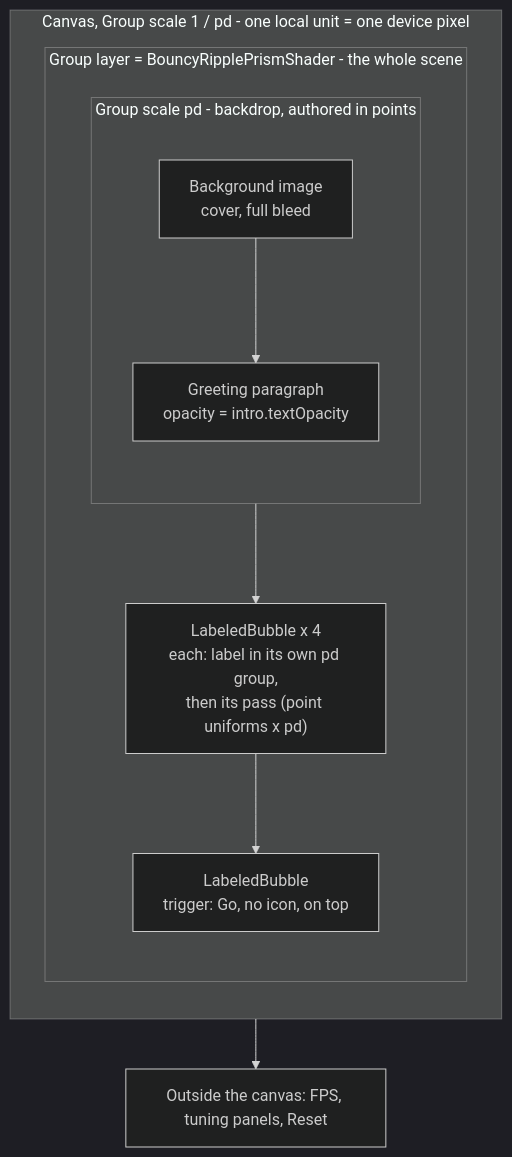
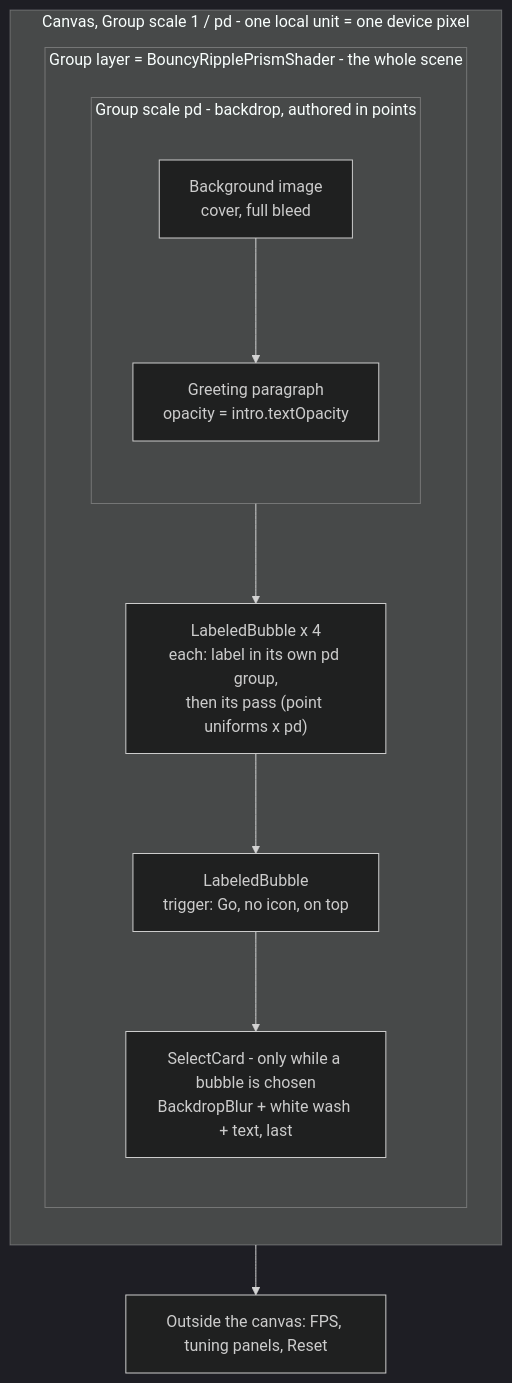
Before and after one commit to ImCitizen13/quattro4maggi: the second of 2 diagrams in src/components/liquid-bubbles-multi/README.md, drawn with Mermaid (dark theme). The commit also changed other lines of this file and 5 other files, not shown here.

First line of the commit message:
Liquid bubbles multi: press a bubble to open its detail card

````diff
--- a/src/components/liquid-bubbles-multi/README.md
+++ b/src/components/liquid-bubbles-multi/README.md
@@ -80,19 +85,20 @@
 ```mermaid
 flowchart TD
     subgraph CANVAS["Canvas, Group scale 1 / pd - one local unit = one device pixel"]
         direction TB
         subgraph RIPPLE["Group layer = BouncyRipplePrismShader - the whole scene"]
         direction TB
         subgraph PTS["Group scale pd - backdrop, authored in points"]
             direction TB
             BG["Background image<br/>cover, full bleed"]
             GREET["Greeting paragraph<br/>opacity = intro.textOpacity"]
             BG --> GREET
         end
         PASSES["LabeledBubble x 4<br/>each: label in its own pd group,<br/>then its pass (point uniforms x pd)"]
         TRIGPASS["LabeledBubble<br/>trigger: Go, no icon, on top"]
-        PTS --> PASSES --> TRIGPASS
+        CARDPASS["SelectCard - only while a bubble is chosen<br/>BackdropBlur + white wash + text, last"]
+        PTS --> PASSES --> TRIGPASS --> CARDPASS
         end
     end
     CANVAS --> OVERLAY["Outside the canvas: FPS, tuning panels, Reset"]
 ```
````
